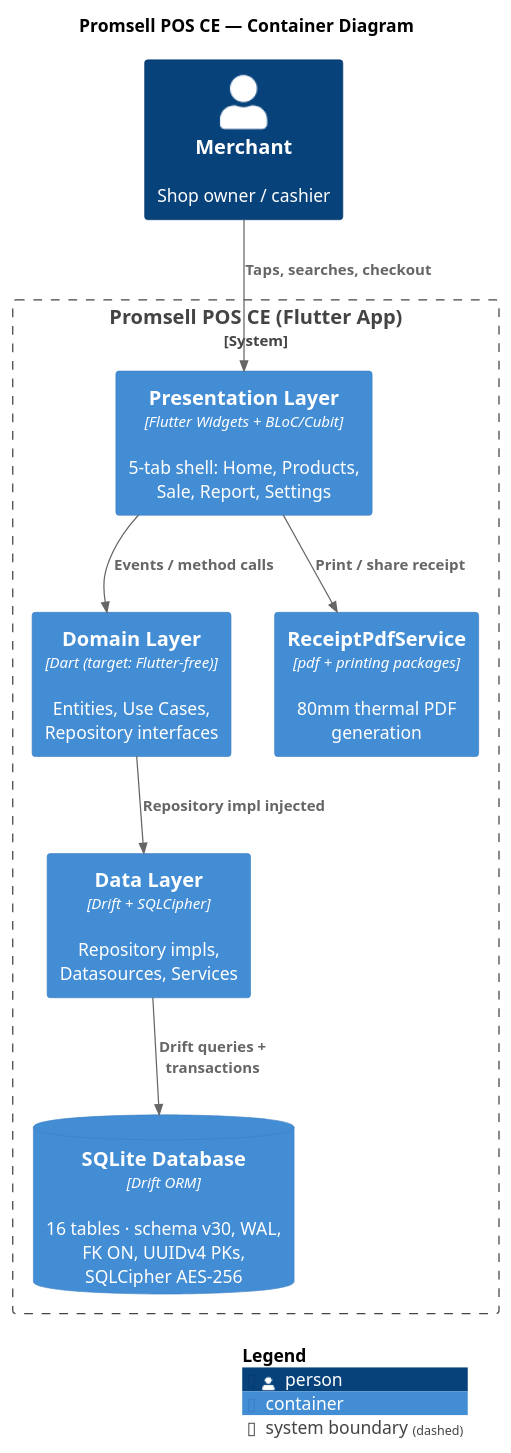
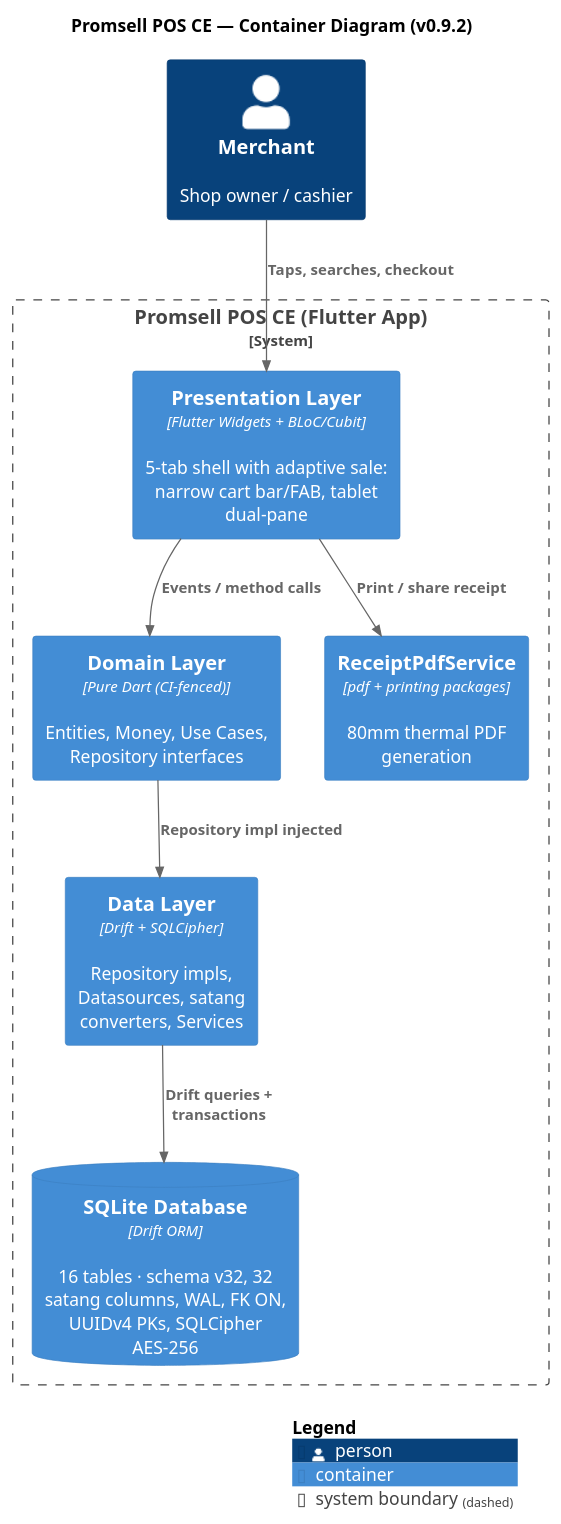
One commit to MN-Lizard-Team/promsell-pos-ce changed the diagram in docs/architecture/puml/c4-container.puml. Above: the diagram before and after it, drawn with PlantUML. The commit also changed 37 other files, not shown here.

```diff
--- a/docs/architecture/puml/c4-container.puml
+++ b/docs/architecture/puml/c4-container.puml
@@ -1,23 +1,23 @@
 @startuml C4_Container
 !include https://raw.githubusercontent.com/plantuml-stdlib/C4-PlantUML/master/C4_Container.puml
 
-title Promsell POS CE — Container Diagram
+title Promsell POS CE — Container Diagram (v0.9.2)
 
 Person(merchant, "Merchant", "Shop owner / cashier")
 
 System_Boundary(app, "Promsell POS CE (Flutter App)") {
-    Container(ui, "Presentation Layer", "Flutter Widgets + BLoC/Cubit", "5-tab shell: Home, Products, Sale, Report, Settings")
-    Container(domain, "Domain Layer", "Dart (target: Flutter-free)", "Entities, Use Cases, Repository interfaces")
-    Container(data, "Data Layer", "Drift + SQLCipher", "Repository impls, Datasources, Services")
-    ContainerDb(sqlite, "SQLite Database", "Drift ORM", "16 tables · schema v30, WAL, FK ON, UUIDv4 PKs, SQLCipher AES-256")
+    Container(ui, "Presentation Layer", "Flutter Widgets + BLoC/Cubit", "5-tab shell with adaptive sale: narrow cart bar/FAB, tablet dual-pane")
+    Container(domain, "Domain Layer", "Pure Dart (CI-fenced)", "Entities, Money, Use Cases, Repository interfaces")
+    Container(data, "Data Layer", "Drift + SQLCipher", "Repository impls, Datasources, satang converters, Services")
+    ContainerDb(sqlite, "SQLite Database", "Drift ORM", "16 tables · schema v32, 32 satang columns, WAL, FK ON, UUIDv4 PKs, SQLCipher AES-256")
     Container(pdf, "ReceiptPdfService", "pdf + printing packages", "80mm thermal PDF generation")
 }
 
 Rel(merchant, ui, "Taps, searches, checkout")
 Rel(ui, domain, "Events / method calls")
 Rel(domain, data, "Repository impl injected")
 Rel(data, sqlite, "Drift queries + transactions")
 Rel(ui, pdf, "Print / share receipt")
 
 SHOW_LEGEND()
 @enduml
```
